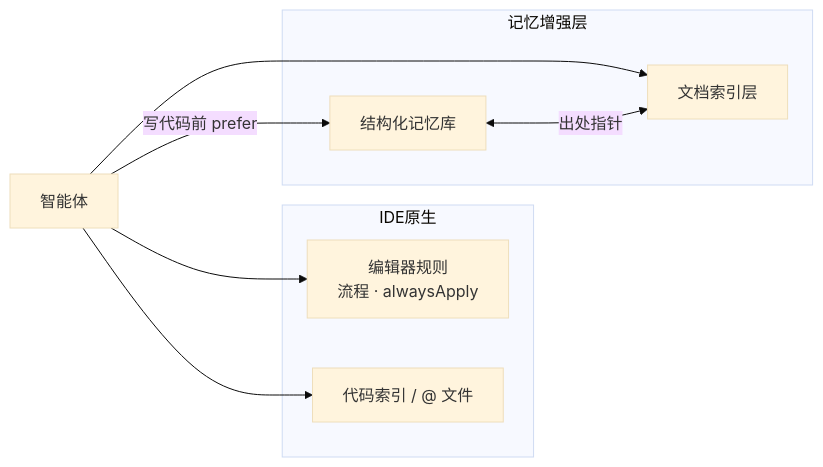
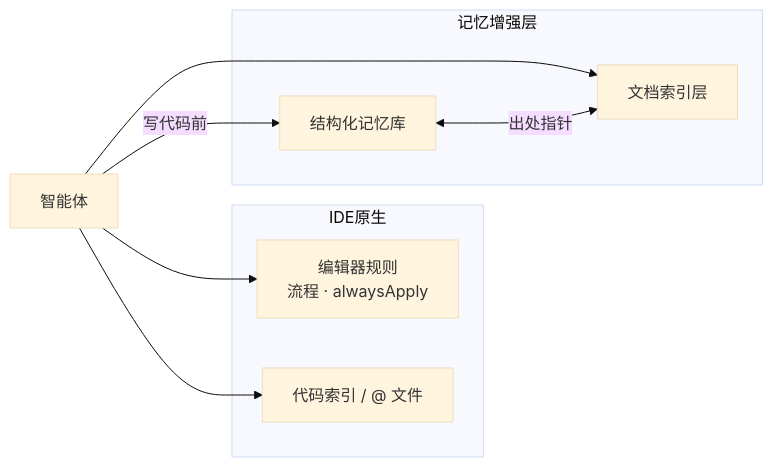
The second of 7 diagrams in docs/agent-memory-token.zh.md (SteamedBread2333/imprint), drawn with Mermaid (base theme) before and after one commit. The commit also changed other lines of this file and 3 other files, not shown here.

````diff
--- a/docs/agent-memory-token.zh.md
+++ b/docs/agent-memory-token.zh.md
@@ -68,18 +67,18 @@
 ```mermaid
 flowchart LR
   subgraph IDE原生
     CR[编辑器规则<br/>流程 · alwaysApply]
     CI[代码索引 / @ 文件]
   end
 
   subgraph 记忆增强层
     V[结构化记忆库]
     S[文档索引层]
   end
 
   A[智能体] --> CR
   A --> CI
-  A -->|写代码前 prefer| V
+  A -->|写代码前| V
   A --> S
   V <-->|出处指针| S
 ```
````
